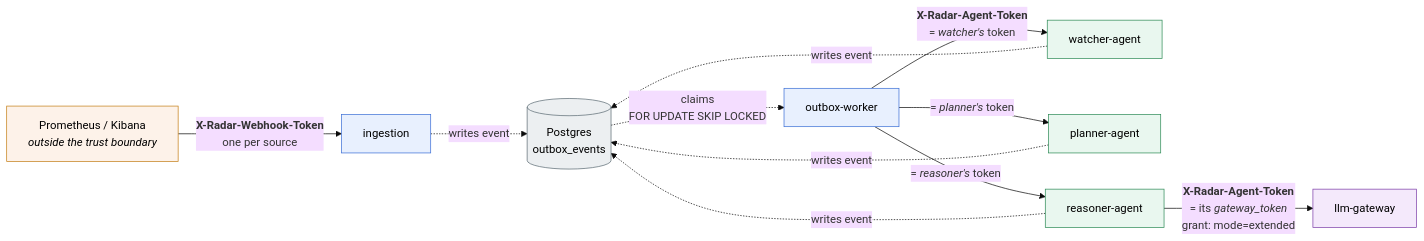
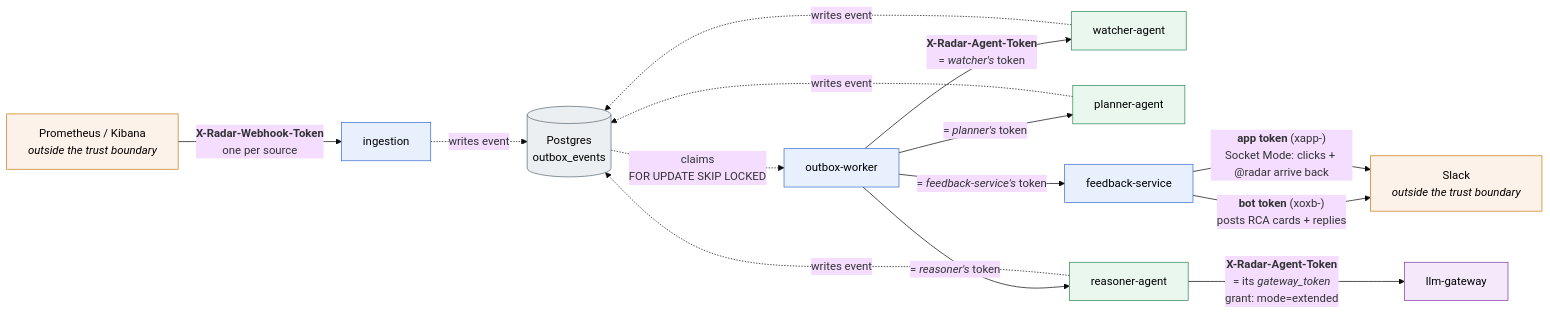
The first of 3 diagrams in docs/local-development.md (k-kohli10/radar-system), drawn with Mermaid (base theme) before and after one commit. The commit also changed other lines of this file, not shown here.

First line of the commit message:
docs(local-dev): show feedback-service in the token-flow diagram

````diff
--- a/docs/local-development.md
+++ b/docs/local-development.md
@@ -193,31 +193,37 @@
 ```mermaid
 flowchart LR
     SRC["Prometheus / Kibana<br/><i>outside the trust boundary</i>"]:::ext
     ING["ingestion"]:::svc
     OW["outbox-worker"]:::svc
     WA["watcher-agent"]:::agent
     PA["planner-agent"]:::agent
     RA["reasoner-agent"]:::agent
     GW["llm-gateway"]:::gw
+    FS["feedback-service"]:::svc
+    SLACK["Slack<br/><i>outside the trust boundary</i>"]:::ext
     PG[("Postgres<br/>outbox_events")]:::db
 
     SRC -->|"<b>X-Radar-Webhook-Token</b><br/>one per source"| ING
     ING -.->|"writes event"| PG
     PG -.->|"claims<br/>FOR UPDATE SKIP LOCKED"| OW
 
     OW -->|"<b>X-Radar-Agent-Token</b><br/>= <i>watcher's</i> token"| WA
     OW -->|"= <i>planner's</i> token"| PA
     OW -->|"= <i>reasoner's</i> token"| RA
+    OW -->|"= <i>feedback-service's</i> token"| FS
 
     RA -->|"<b>X-Radar-Agent-Token</b><br/>= its <i>gateway_token</i><br/>grant: mode=extended"| GW
+
+    FS -->|"<b>bot token</b> (xoxb-)<br/>posts RCA cards + replies"| SLACK
+    FS -->|"<b>app token</b> (xapp-)<br/>Socket Mode: clicks + @radar arrive back"| SLACK
 
     WA -.->|"writes event"| PG
     PA -.->|"writes event"| PG
     RA -.->|"writes event"| PG
 
     classDef ext fill:#fdf2e9,stroke:#c47f17,color:#000
     classDef svc fill:#e8f0fe,stroke:#3b6fd6,color:#000
     classDef agent fill:#e9f7ef,stroke:#2e8b57,color:#000
     classDef gw fill:#f4e9fb,stroke:#7d3fa8,color:#000
     classDef db fill:#eceff1,stroke:#5b6b73,color:#000
 ```
````
